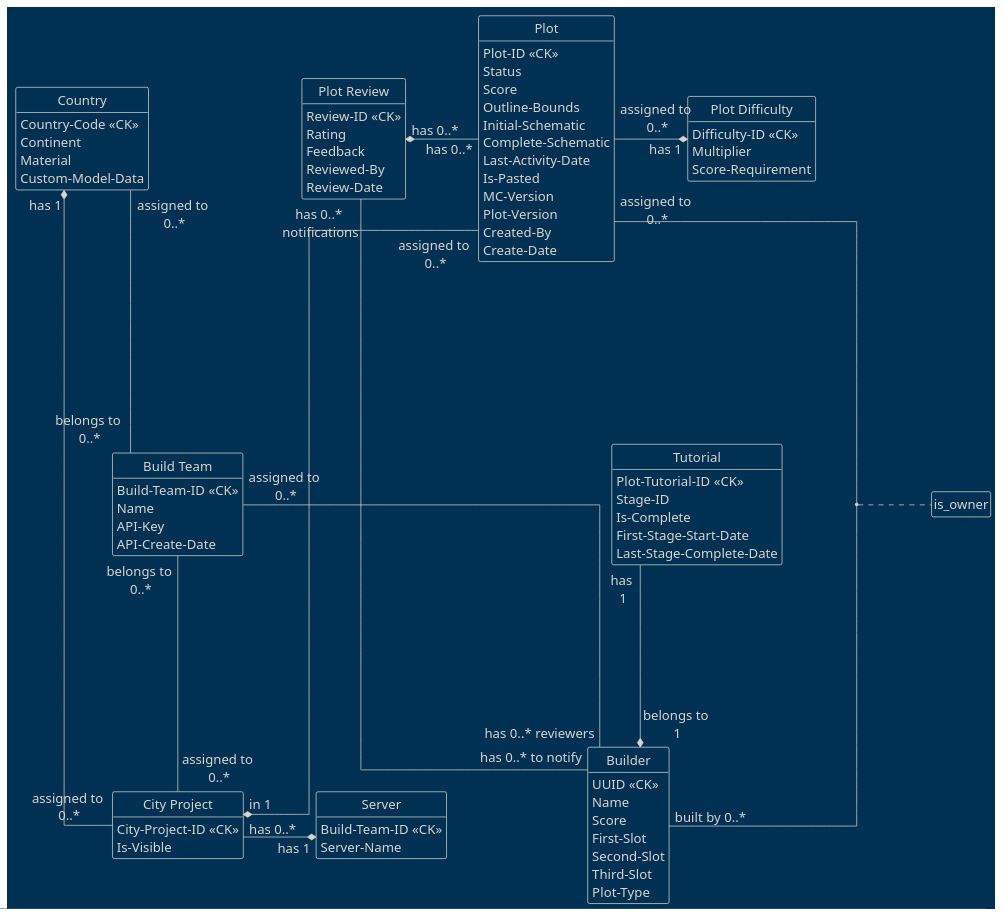
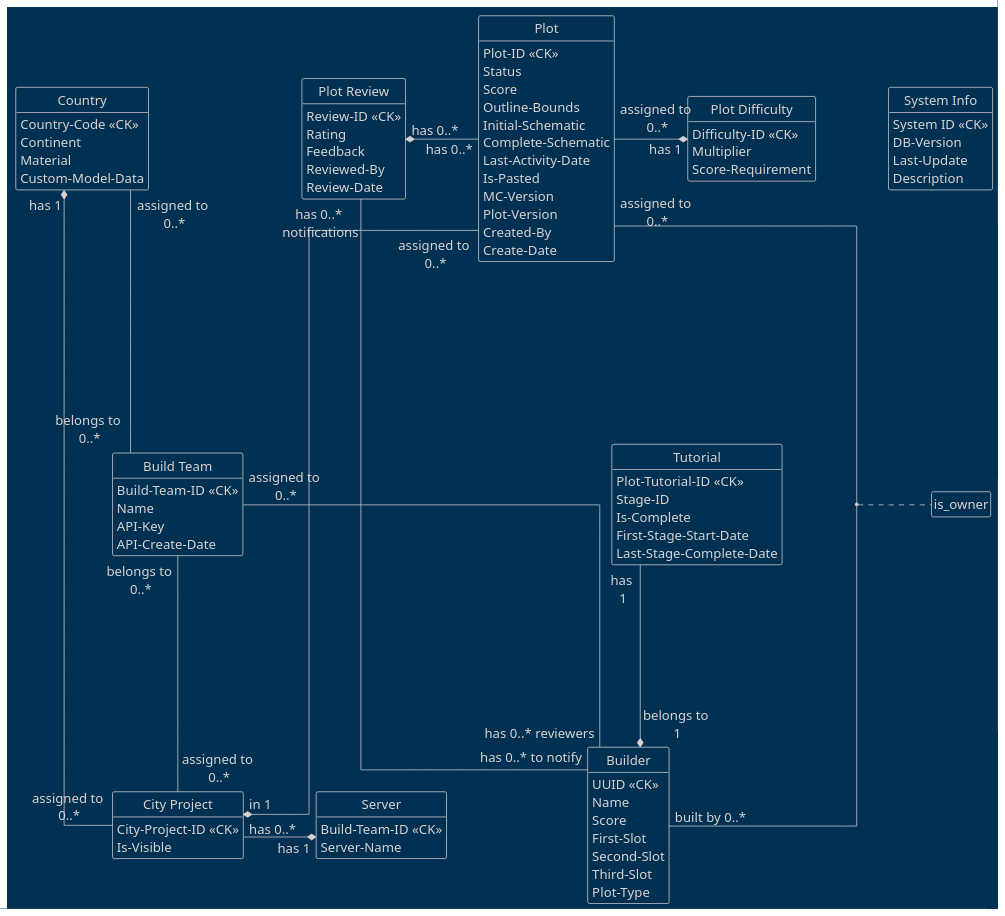
One commit to AlpsBTE/Plot-System-DB changed the diagram in conceptual-db.puml. Above: the diagram before and after it, drawn with PlantUML. The commit also changed 5 other files, not shown here.

Commit message:
add system_info table to schema

```diff
--- a/conceptual-db.puml
+++ b/conceptual-db.puml
@@ -1,99 +1,106 @@
 @startuml
 skinparam nodesep 100
 skinparam ranksep 250
 skinparam defaultFontSize 18
 
 skinparam linetype ortho
 
 hide circle
 hide empty members
 !theme blueprint
+
+entity "System Info" as system_info {
+    System ID <<CK>>
+    DB-Version
+    Last-Update
+    Description
+}
 
 entity "Build Team" as build_team {
     Build-Team-ID <<CK>>
     Name
     API-Key
     API-Create-Date
 }
 
 entity "Server" as server {
     Build-Team-ID <<CK>>
     Server-Name
 }
 
 entity "Country" as country {
     Country-Code <<CK>>
     Continent
     Material
     Custom-Model-Data
 }
 
 entity "City Project" as city_project {
     City-Project-ID <<CK>>
     Is-Visible
 }
 
 entity "Builder" as builder {
     UUID <<CK>>
     Name
     Score
     First-Slot
     Second-Slot
     Third-Slot
     Plot-Type
 }
 
 entity "Plot Difficulty" as plot_difficulty {
     Difficulty-ID <<CK>>
     Multiplier
     Score-Requirement
 }
 
 entity "Plot" as plot {
     Plot-ID <<CK>>
     Status
     Score
     Outline-Bounds
     Initial-Schematic
     Complete-Schematic
     Last-Activity-Date
     Is-Pasted
     MC-Version
     Plot-Version
     Created-By
     Create-Date
 }
 
 entity "Tutorial" as tutorial {
     Plot-Tutorial-ID <<CK>>
     Stage-ID
     Is-Complete
     First-Stage-Start-Date
     Last-Stage-Complete-Date
 }
 
 entity "Plot Review" as plot_review {
     Review-ID <<CK>>
     Rating
     Feedback
     Reviewed-By
     Review-Date
 }
 
 build_team "belongs to \n0..*" -up- "assigned to \n0..*" country
 build_team "belongs to \n0..*" -- "assigned to \n0..*" city_project
 build_team "assigned to \n0..*" -- "has 0..* reviewers" builder
 plot_review "has 0..*\n notifications" -- "has 0..* to notify" builder
 plot_review "has 0..*" *- "has 0..*" plot
 
 server "has 1" *--left- "has 0..*" city_project
 country "has 1" *-- "assigned to \n0..*" city_project
 
 plot "assigned to\n 0..*" -- "built by 0..*" builder
 (plot, builder) . is_owner
 
 plot "assigned to \n0..*" --* "in 1" city_project
 plot "assigned to \n0..*" -right* "has 1" plot_difficulty
 
 tutorial "has \n1" --* "belongs to \n1" builder
 @enduml
```
